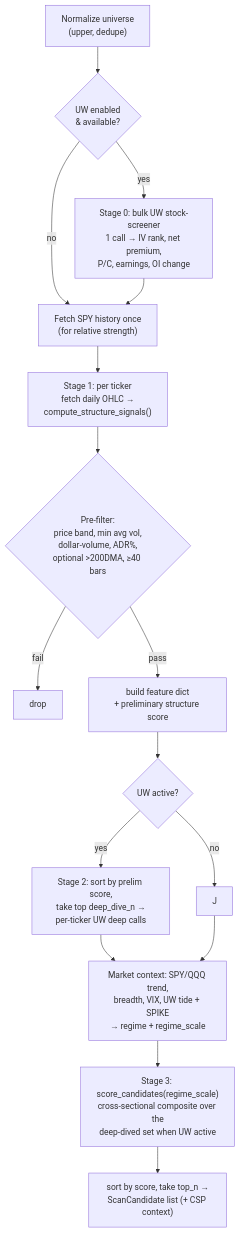
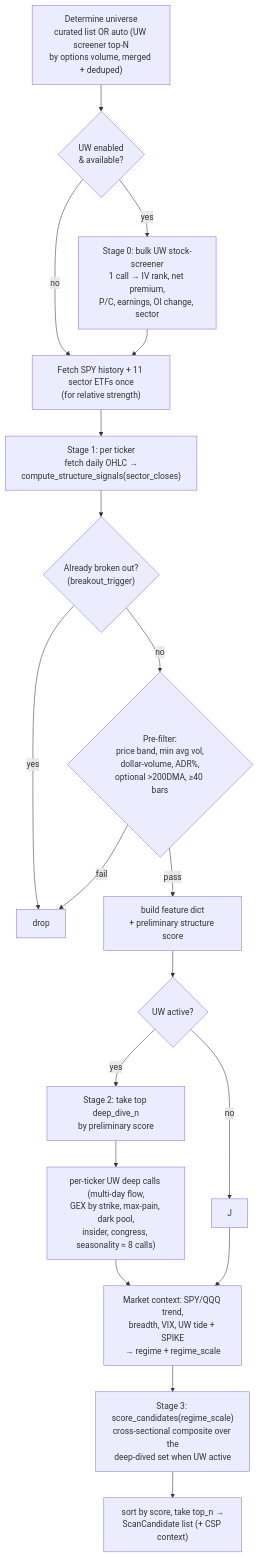
One commit to pk-ux/PutOptionsTrading changed the second of 8 diagrams in backend/app/modules/breakout_scanner/ARCHITECTURE.md. Above: the diagram before and after it, drawn with Mermaid. The commit also changed other lines of this file and 22 other files, not shown here.

First line of the commit message:
feat: Harden breakout scanner and add admin-configurable auto-scan

````diff
--- a/backend/app/modules/breakout_scanner/ARCHITECTURE.md
+++ b/backend/app/modules/breakout_scanner/ARCHITECTURE.md
@@ -94,18 +107,21 @@
 ```mermaid
 flowchart TD
-    A["Normalize universe<br/>(upper, dedupe)"] --> B{"UW enabled<br/>& available?"}
-    B -- yes --> C["Stage 0: bulk UW stock-screener<br/>1 call → IV rank, net premium,<br/>P/C, earnings, OI change"]
+    A["Determine universe<br/>curated list OR auto (UW screener top-N<br/>by options volume, merged + deduped)"] --> B{"UW enabled<br/>& available?"}
+    B -- yes --> C["Stage 0: bulk UW stock-screener<br/>1 call → IV rank, net premium,<br/>P/C, earnings, OI change, sector"]
     B -- no --> D
-    C --> D["Fetch SPY history once<br/>(for relative strength)"]
-    D --> E["Stage 1: per ticker<br/>fetch daily OHLC →<br/>compute_structure_signals()"]
-    E --> F{"Pre-filter:<br/>price band, min avg vol,<br/>dollar-volume, ADR%,<br/>optional >200DMA, ≥40 bars"}
-    F -- fail --> X["drop"]
+    C --> D["Fetch SPY history + 11 sector ETFs once<br/>(for relative strength)"]
+    D --> E["Stage 1: per ticker<br/>fetch daily OHLC →<br/>compute_structure_signals(sector_closes)"]
+    E --> E2{"Already broken out?<br/>(breakout_trigger)"}
+    E2 -- yes --> X["drop"]
+    E2 -- no --> F{"Pre-filter:<br/>price band, min avg vol,<br/>dollar-volume, ADR%,<br/>optional >200DMA, ≥40 bars"}
+    F -- fail --> X
     F -- pass --> G["build feature dict<br/>+ preliminary structure score"]
     G --> H{"UW active?"}
-    H -- yes --> I["Stage 2: sort by prelim score,<br/>take top deep_dive_n →<br/>per-ticker UW deep calls"]
+    H -- yes --> I["Stage 2: take top deep_dive_n<br/>by preliminary score"]
     H -- no --> J
-    I --> M["Market context: SPY/QQQ trend,<br/>breadth, VIX, UW tide + SPIKE<br/>→ regime + regime_scale"]
-    J --> M
+    I --> I2["per-ticker UW deep calls (multi-day flow,<br/>GEX by strike, max-pain, dark pool,<br/>insider, congress, seasonality ≈ 8 calls)"]
+    I2 --> M
+    J --> M["Market context: SPY/QQQ trend,<br/>breadth, VIX, UW tide + SPIKE<br/>→ regime + regime_scale"]
     M --> K["Stage 3: score_candidates(regime_scale)<br/>cross-sectional composite over the<br/>deep-dived set when UW active"]
     K --> L["sort by score, take top_n →<br/>ScanCandidate list (+ CSP context)"]
 ```
````
